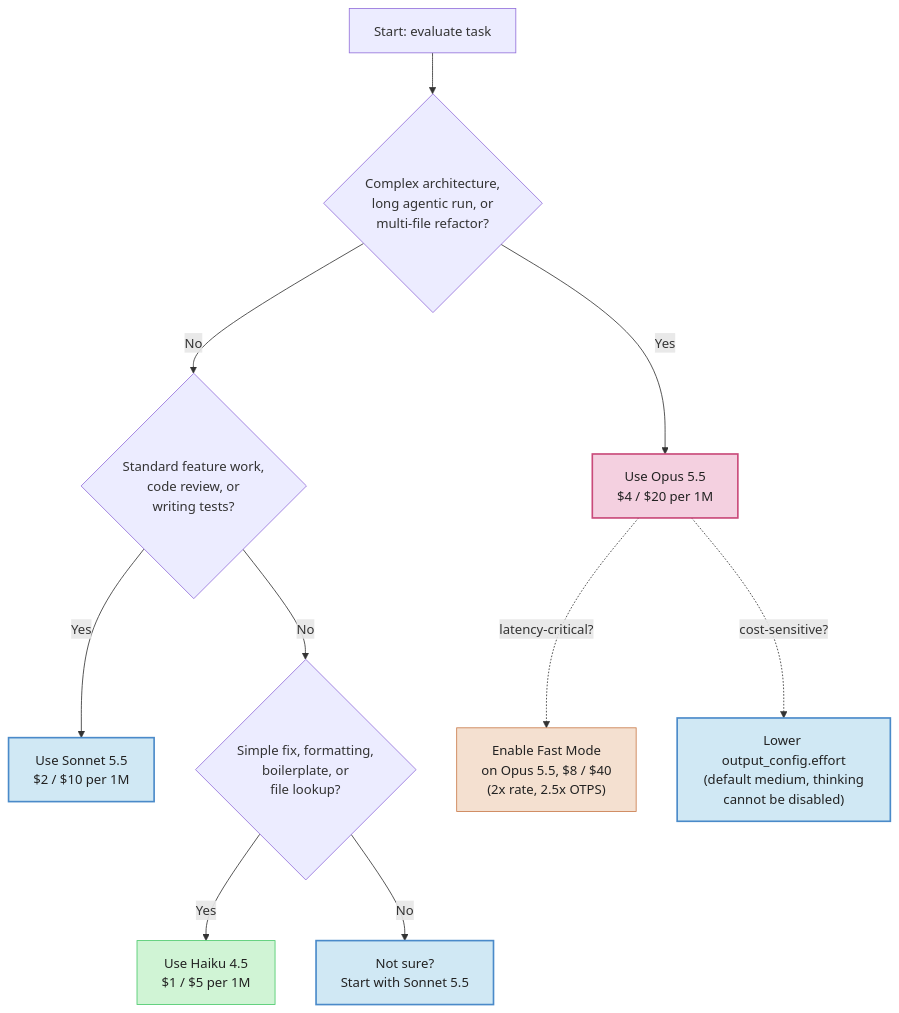
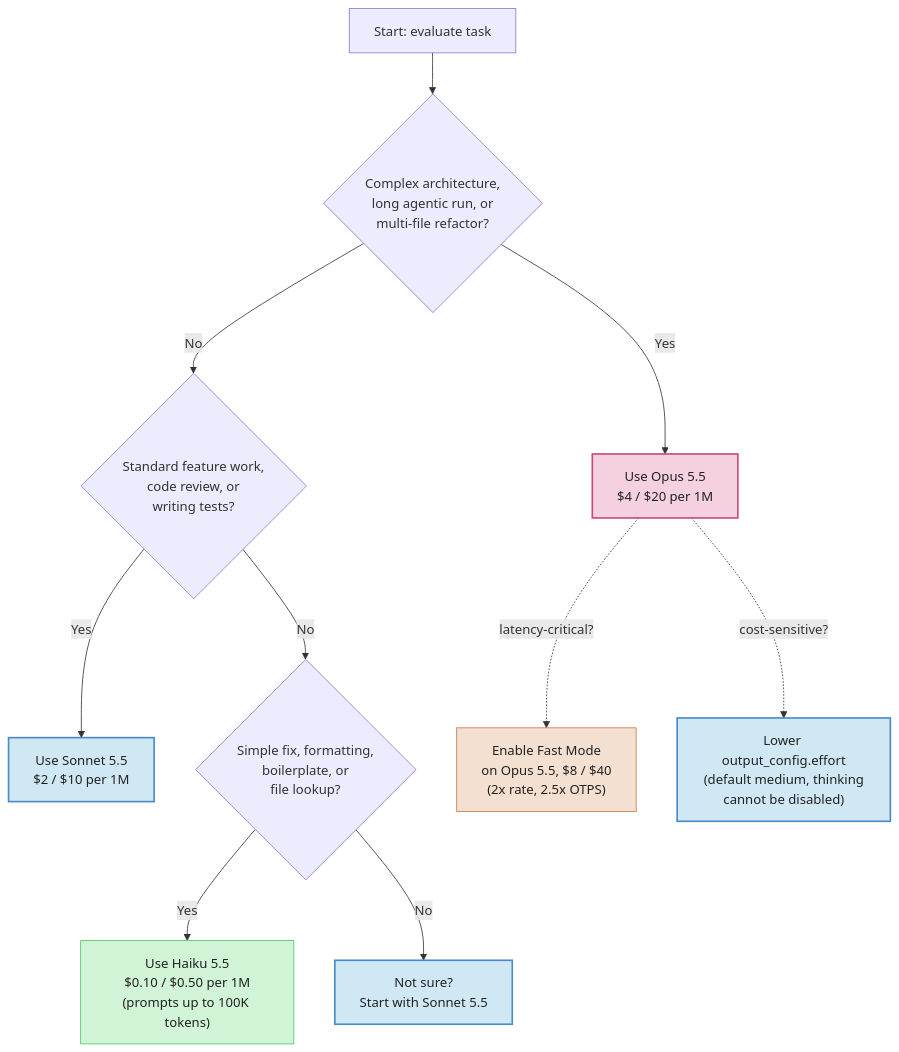
The second of 5 diagrams in guides/diagrams.md (Sagargupta16/claude-cost-optimizer), drawn with Mermaid before and after one commit. The commit also changed other lines of this file and 52 other files, not shown here.

````diff
--- a/guides/diagrams.md
+++ b/guides/diagrams.md
@@ -89,23 +93,23 @@
 ```mermaid
 flowchart TD
     A[Start: evaluate task] --> B{"Complex architecture,<br/>long agentic run, or<br/>multi-file refactor?"}
     B -- Yes --> C["Use Opus 5.5<br/>$4 / $20 per 1M"]
     B -- No --> D{"Standard feature work,<br/>code review, or<br/>writing tests?"}
     D -- Yes --> E["Use Sonnet 5.5<br/>$2 / $10 per 1M"]
     D -- No --> F{"Simple fix, formatting,<br/>boilerplate, or<br/>file lookup?"}
-    F -- Yes --> G["Use Haiku 4.5<br/>$1 / $5 per 1M"]
+    F -- Yes --> G["Use Haiku 5.5<br/>$0.10 / $0.50 per 1M<br/>(prompts up to 100K tokens)"]
     F -- No --> H["Not sure?<br/>Start with Sonnet 5.5"]
 
     C -. "latency-critical?" .-> C2["Enable Fast Mode<br/>on Opus 5.5, $8 / $40<br/>(2x rate, 2.5x OTPS)"]
     C -. "cost-sensitive?" .-> C3["Lower output_config.effort<br/>(default medium, thinking<br/>cannot be disabled)"]
 
     classDef flagship fill:#f4d0e0,stroke:#c94a7a,stroke-width:2px,color:#222
     classDef fast fill:#f4e0d0,stroke:#c97a4a,color:#222
     classDef mid fill:#d0e8f4,stroke:#4a8ac9,stroke-width:2px,color:#222
     classDef low fill:#d0f4d5,stroke:#4ac96a,color:#222
 
     class C flagship
     class C2 fast
     class C3,E,H mid
     class G low
 ```
````
